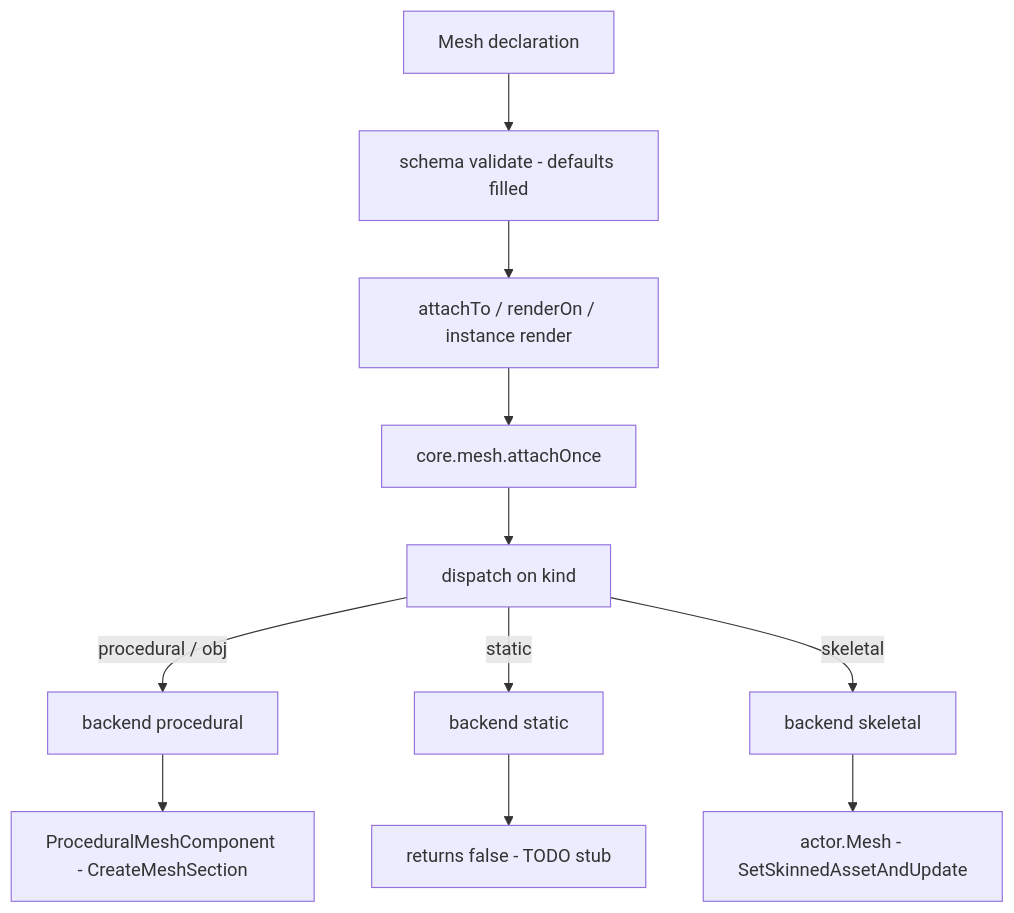
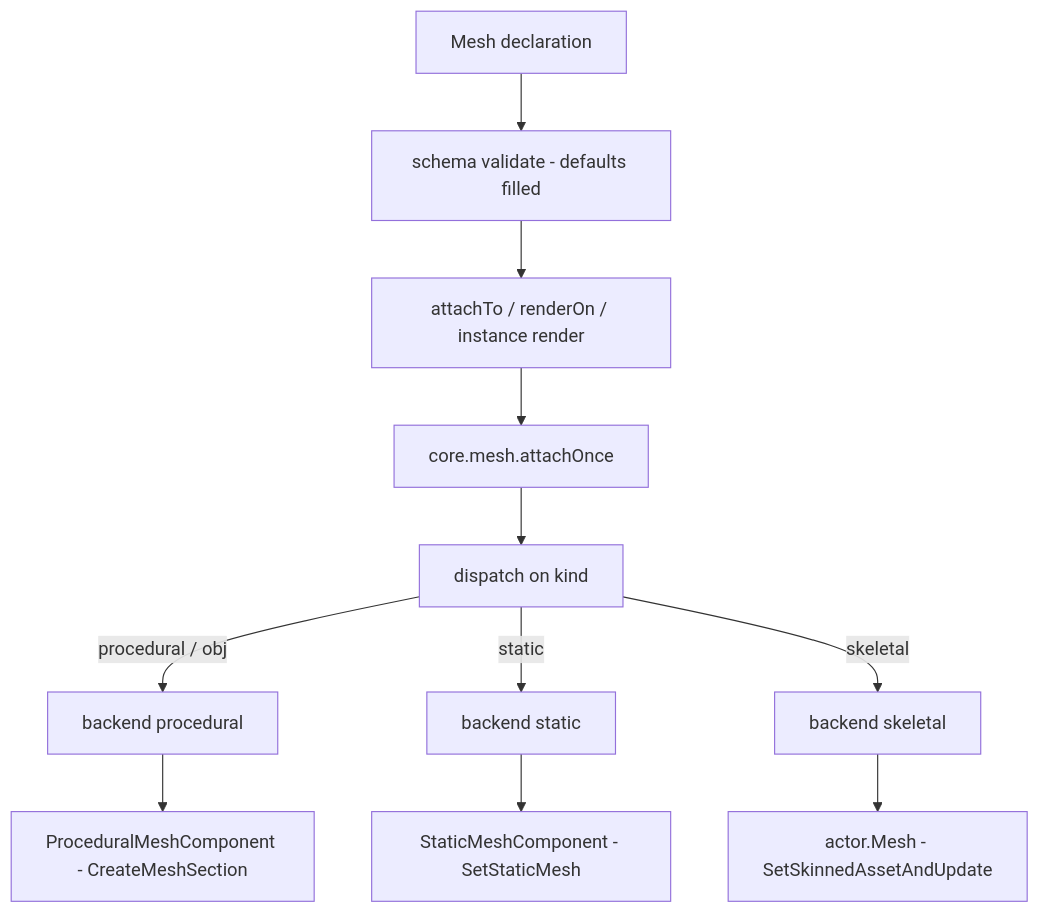
One commit to dr-mikan/PalForge changed the first of 2 diagrams in docs/content/docs/api/mesh.ja.mdx. Above: the diagram before and after it, drawn with Mermaid. The commit also changed other lines of this file and 84 other files, not shown here.

````diff
--- a/docs/content/docs/api/mesh.ja.mdx
+++ b/docs/content/docs/api/mesh.ja.mdx
@@ -137,13 +147,13 @@
 ```mermaid
 flowchart TD
   A["Mesh declaration"] --> B["schema validate - defaults filled"]
   B --> C["attachTo / renderOn / instance render"]
   C --> D["core.mesh.attachOnce"]
   D --> E["dispatch on kind"]
   E -->|"procedural / obj"| P["backend procedural"]
   E -->|"static"| S["backend static"]
   E -->|"skeletal"| K["backend skeletal"]
   P --> PZ["ProceduralMeshComponent - CreateMeshSection"]
-  S --> SZ["returns false - TODO stub"]
+  S --> SZ["StaticMeshComponent - SetStaticMesh"]
   K --> KZ["actor.Mesh - SetSkinnedAssetAndUpdate"]
 ```
````
